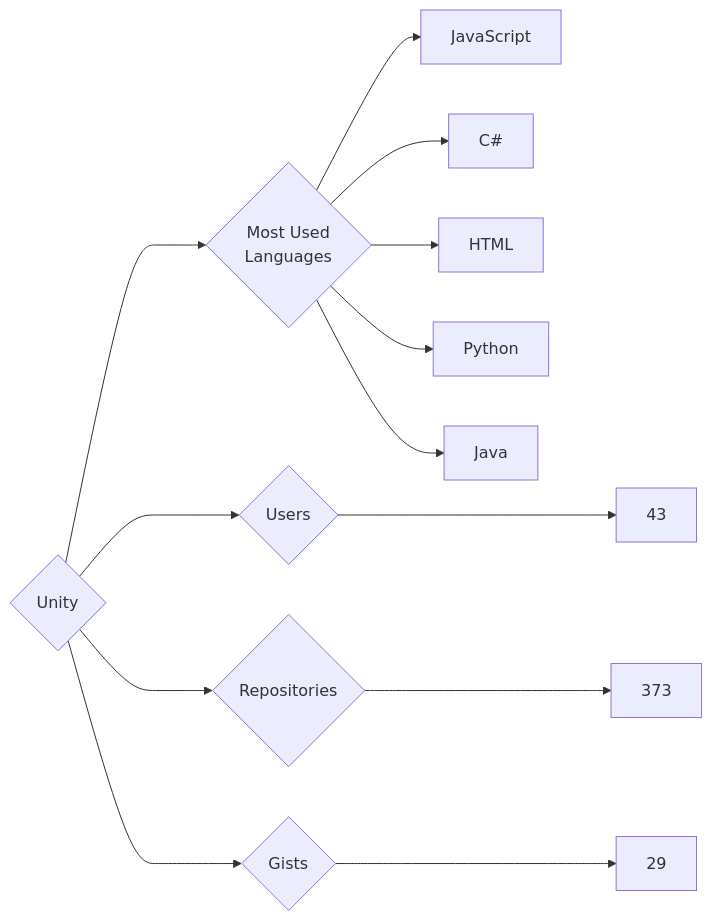
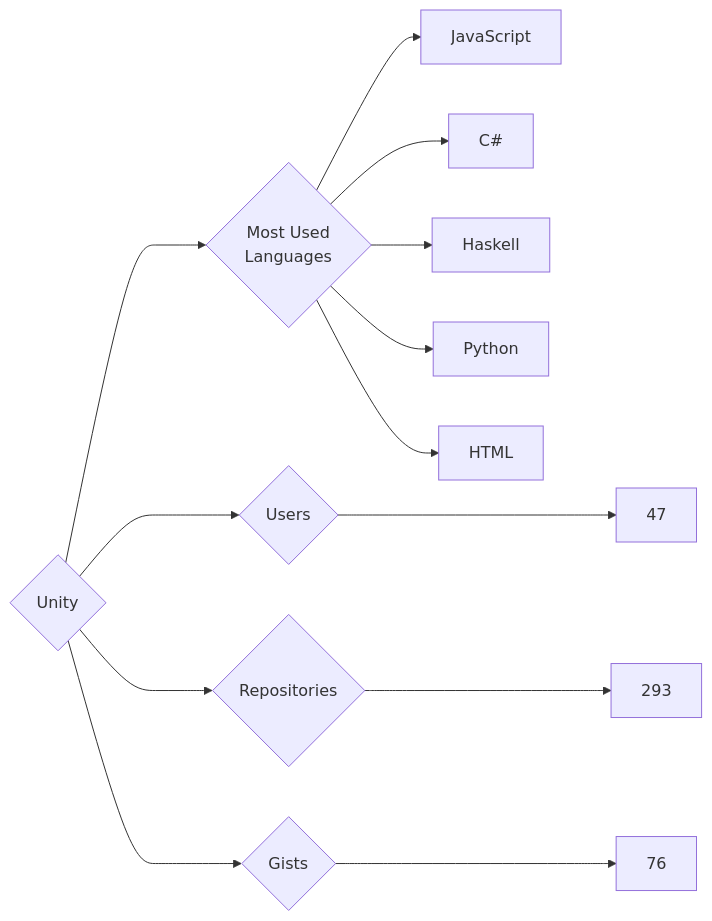
Before and after one commit to trickest/insiders: the diagram in targets/Unity/README.md, drawn with Mermaid. The commit also changed 939 other files, not shown here.

````diff
--- a/targets/Unity/README.md
+++ b/targets/Unity/README.md
@@ -3,13 +3,13 @@
 ```mermaid
 graph LR
 COMPANY_NAME{Unity}
-COMPANY_NAME ---> U{Users} ---> UN[43]
-COMPANY_NAME ---> R{Repositories} ---> RN[373]
-COMPANY_NAME ---> G{Gists} ---> GN[29]
+COMPANY_NAME ---> U{Users} ---> UN[47]
+COMPANY_NAME ---> R{Repositories} ---> RN[293]
+COMPANY_NAME ---> G{Gists} ---> GN[76]
 COMPANY_NAME ---> ML{Most Used<br>Languages}
 ML --> JavaScript[JavaScript]
 ML --> C#[C#]
+ML --> Haskell[Haskell]
+ML --> Python[Python]
 ML --> HTML[HTML]
-ML --> Python[Python]
-ML --> Java[Java]
 ```
````
